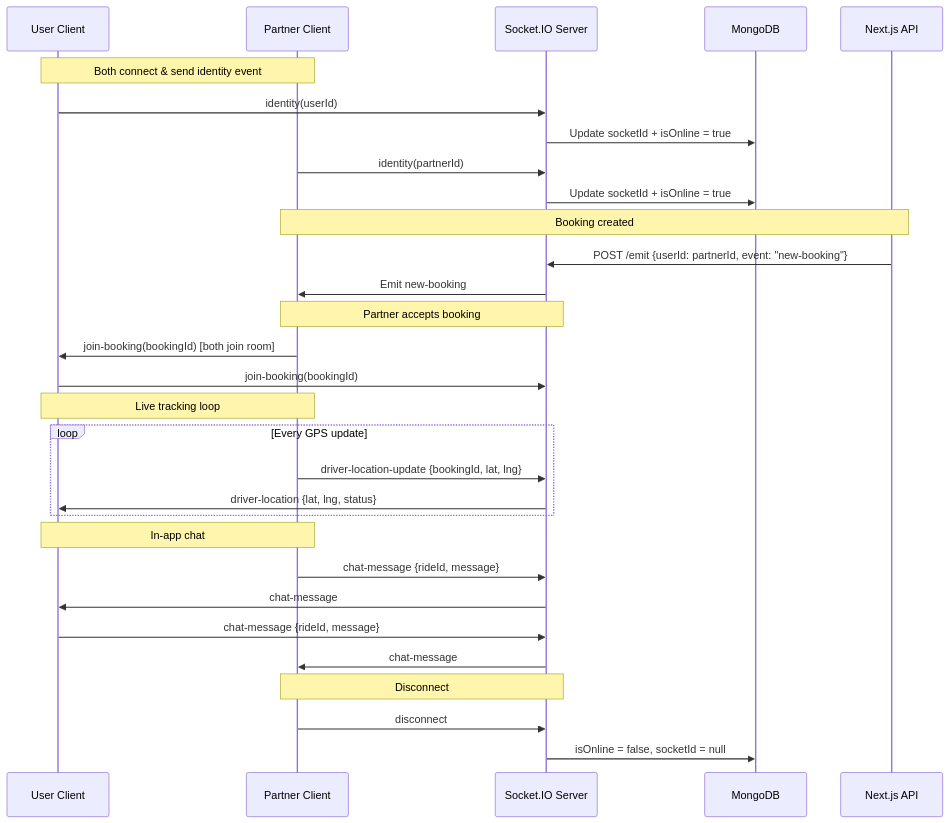
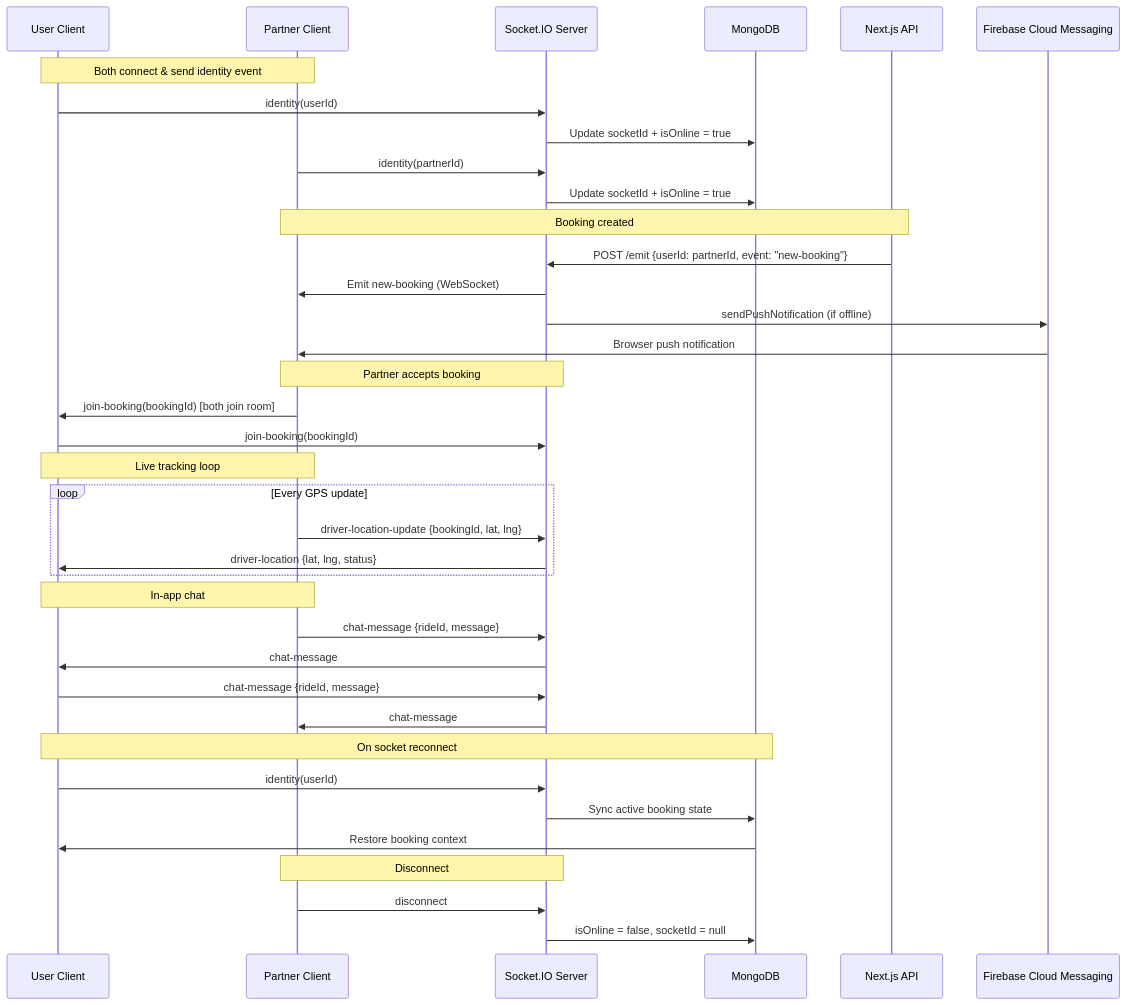
Before and after one commit to Zuhaib-dev/rydex: the fifth of 5 diagrams in readme.md, drawn with Mermaid. The commit also changed other lines of this file and 2 other files, not shown here.

````diff
--- a/readme.md
+++ b/readme.md
@@ -409,38 +429,46 @@
 ```mermaid
 sequenceDiagram
     participant U as User Client
     participant P as Partner Client
     participant IO as Socket.IO Server
     participant DB as MongoDB
     participant API as Next.js API
+    participant FCM as Firebase Cloud Messaging
 
     Note over U, P: Both connect & send identity event
     U->>IO: identity(userId)
     IO->>DB: Update socketId + isOnline = true
     P->>IO: identity(partnerId)
     IO->>DB: Update socketId + isOnline = true
 
     Note over API, P: Booking created
     API->>IO: POST /emit {userId: partnerId, event: "new-booking"}
-    IO->>P: Emit new-booking
+    IO->>P: Emit new-booking (WebSocket)
+    IO->>FCM: sendPushNotification (if offline)
+    FCM->>P: Browser push notification
 
     Note over P, IO: Partner accepts booking
     P->>U: join-booking(bookingId) [both join room]
     U->>IO: join-booking(bookingId)
 
     Note over P, U: Live tracking loop
     loop Every GPS update
         P->>IO: driver-location-update {bookingId, lat, lng}
         IO->>U: driver-location {lat, lng, status}
     end
 
     Note over P, U: In-app chat
     P->>IO: chat-message {rideId, message}
     IO->>U: chat-message
     U->>IO: chat-message {rideId, message}
     IO->>P: chat-message
 
+    Note over U, DB: On socket reconnect
+    U->>IO: identity(userId)
+    IO->>DB: Sync active booking state
+    DB->>U: Restore booking context
+
     Note over P, IO: Disconnect
     P->>IO: disconnect
     IO->>DB: isOnline = false, socketId = null
 ```
````
